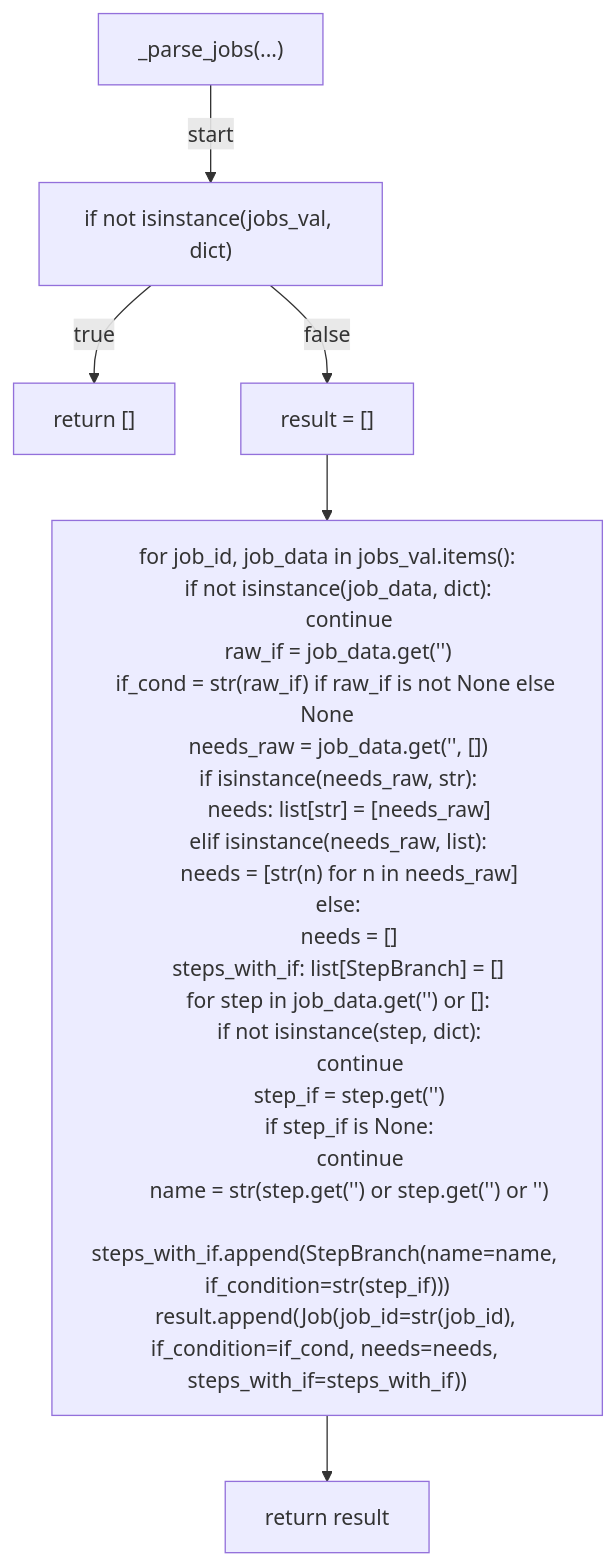
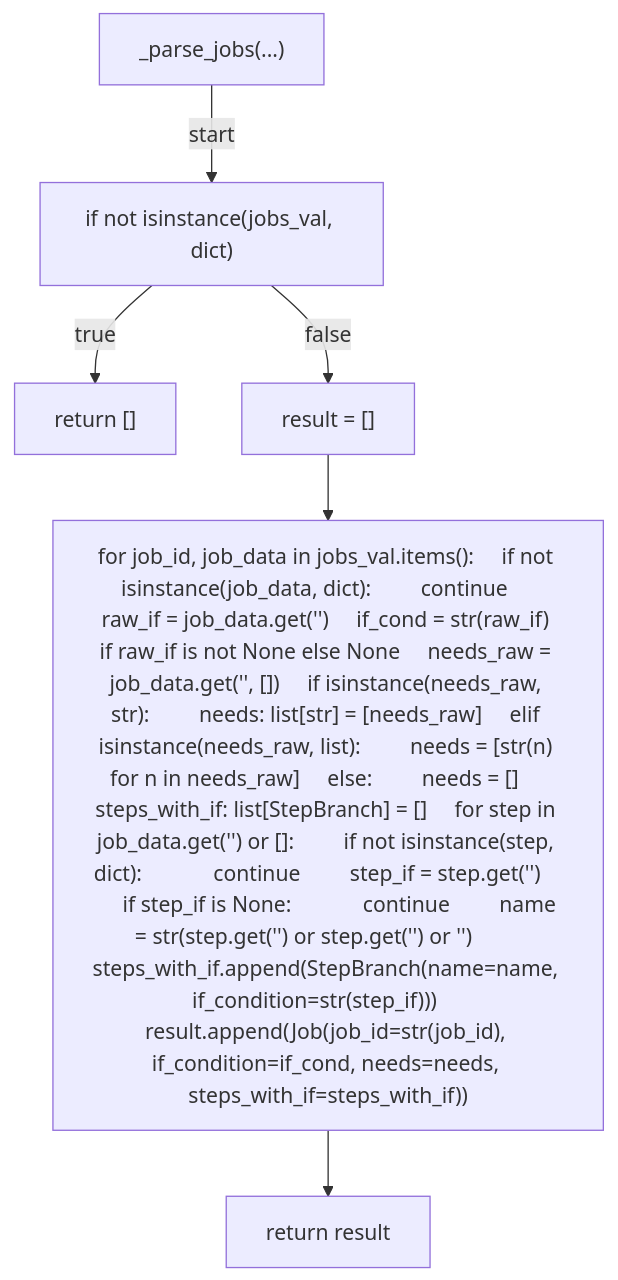
The third of 12 diagrams in docs/generated/scripts/ast/workflow_diagram.md (tvna/claude-md), drawn with Mermaid before and after one commit. The commit also changed other lines of this file and 15 other files, not shown here.

First line of the commit message:
docs(generated): regenerate decision tree and workflow diagrams (batch 5/5)

````diff
--- a/docs/generated/scripts/ast/workflow_diagram.md
+++ b/docs/generated/scripts/ast/workflow_diagram.md
@@ -46,35 +41,14 @@
 ```mermaid
 flowchart TD
     N001["_parse_jobs(...)"]
     N002["if not isinstance(jobs_val, dict)"]
     N003["return []"]
     N004["result = []"]
-    N005["for job_id, job_data in jobs_val.items():
-    if not isinstance(job_data, dict):
-        continue
-    raw_if = job_data.get('<str>')
-    if_cond = str(raw_if) if raw_if is not None else None
-    needs_raw = job_data.get('<str>', [])
-    if isinstance(needs_raw, str):
-        needs: list[str] = [needs_raw]
-    elif isinstance(needs_raw, list):
-        needs = [str(n) for n in needs_raw]
-    else:
-        needs = []
-    steps_with_if: list[StepBranch] = []
-    for step in job_data.get('<str>') or []:
-        if not isinstance(step, dict):
-            continue
-        step_if = step.get('<str>')
-        if step_if is None:
-            continue
-        name = str(step.get('<str>') or step.get('<str>') or '<str>')
-        steps_with_if.append(StepBranch(name=name, if_condition=str(step_if)))
-    result.append(Job(job_id=str(job_id), if_condition=if_cond, needs=needs, steps_with_if=steps_with_if))"]
+    N005["for job_id, job_data in jobs_val.items():     if not isinstance(job_data, dict):         continue     raw_if = job_data.get('<str>')     if_cond = str(raw_if) if raw_if is not None else None     needs_raw = job_data.get('<str>', [])     if isinstance(needs_raw, str):         needs: list[str] = [needs_raw]     elif isinstance(needs_raw, list):         needs = [str(n) for n in needs_raw]     else:         needs = []     steps_with_if: list[StepBranch] = []     for step in job_data.get('<str>') or []:         if not isinstance(step, dict):             continue         step_if = step.get('<str>')         if step_if is None:             continue         name = str(step.get('<str>') or step.get('<str>') or '<str>')         steps_with_if.append(StepBranch(name=name, if_condition=str(step_if)))     result.append(Job(job_id=str(job_id), if_condition=if_cond, needs=needs, steps_with_if=steps_with_if))"]
     N006["return result"]
     N001 -->|"start"| N002
     N002 -->|"true"| N003
     N002 -->|"false"| N004
     N004 --> N005
     N005 --> N006
 ```
````
